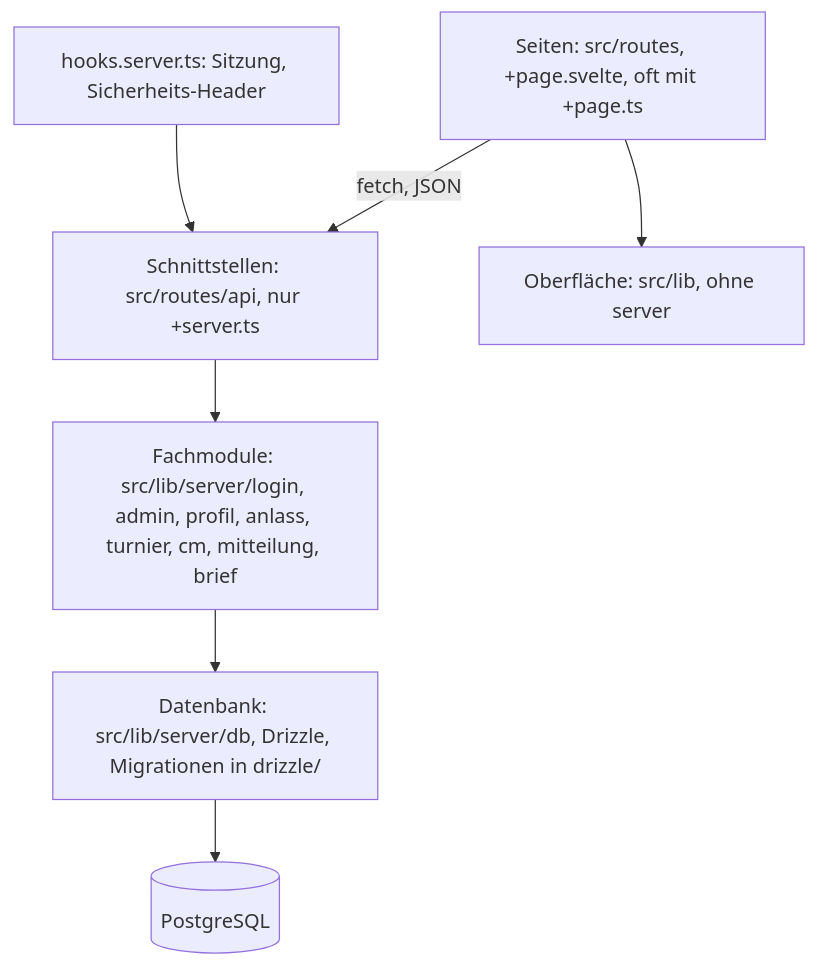
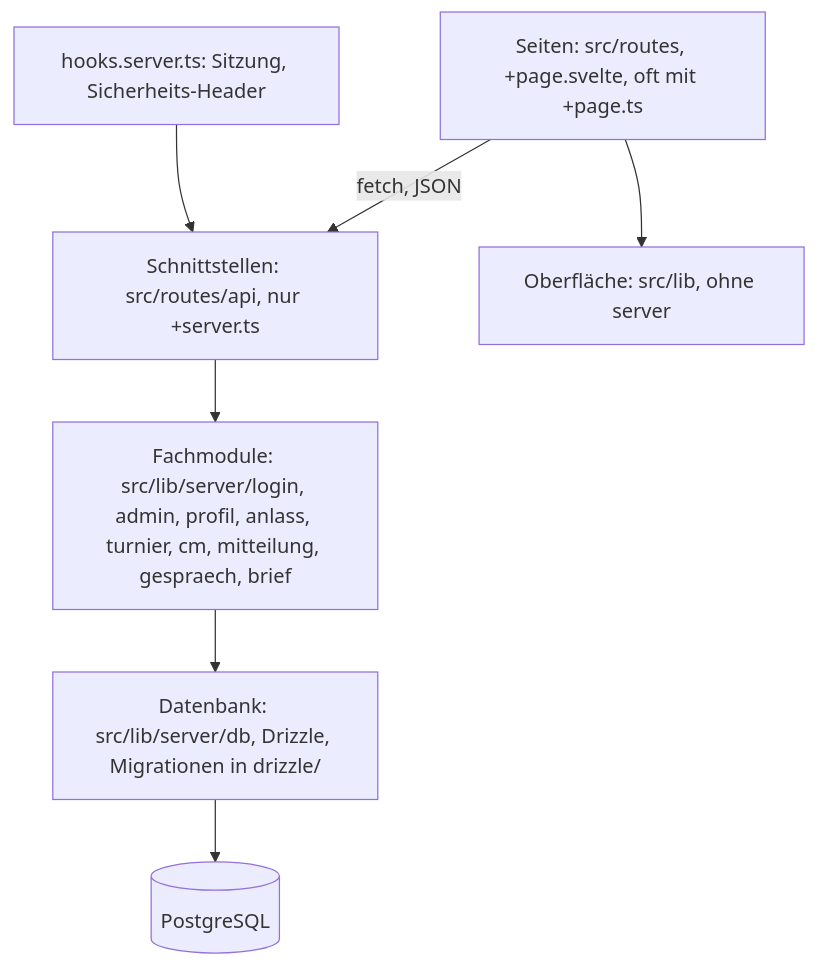
The second of 3 diagrams in docs/arc42.md (konstantinniedermann/tco-app), drawn with Mermaid before and after one commit. The commit also changed other lines of this file and 1 other file, not shown here.

Commit message:
docs: Gespräch im Bausteinplan, Restbefunde aus dem Final-Review (#71)
Claude-Session: https://claude.ai/code/session_01PepCy6BnHHJWUZ3PpQB6e5

````diff
--- a/docs/arc42.md
+++ b/docs/arc42.md
@@ -75,9 +75,9 @@
 ```mermaid
 flowchart TD
   S["Seiten: src/routes, +page.svelte, oft mit +page.ts"] -->|fetch, JSON| API["Schnittstellen: src/routes/api, nur +server.ts"]
   S --> UI["Oberfläche: src/lib, ohne server"]
   H["hooks.server.ts: Sitzung, Sicherheits-Header"] --> API
-  API --> F["Fachmodule: src/lib/server/login, admin, profil, anlass, turnier, cm, mitteilung, brief"]
+  API --> F["Fachmodule: src/lib/server/login, admin, profil, anlass, turnier, cm, mitteilung, gespraech, brief"]
   F --> DB["Datenbank: src/lib/server/db, Drizzle, Migrationen in drizzle/"]
   DB --> PG[(PostgreSQL)]
 ```
````
